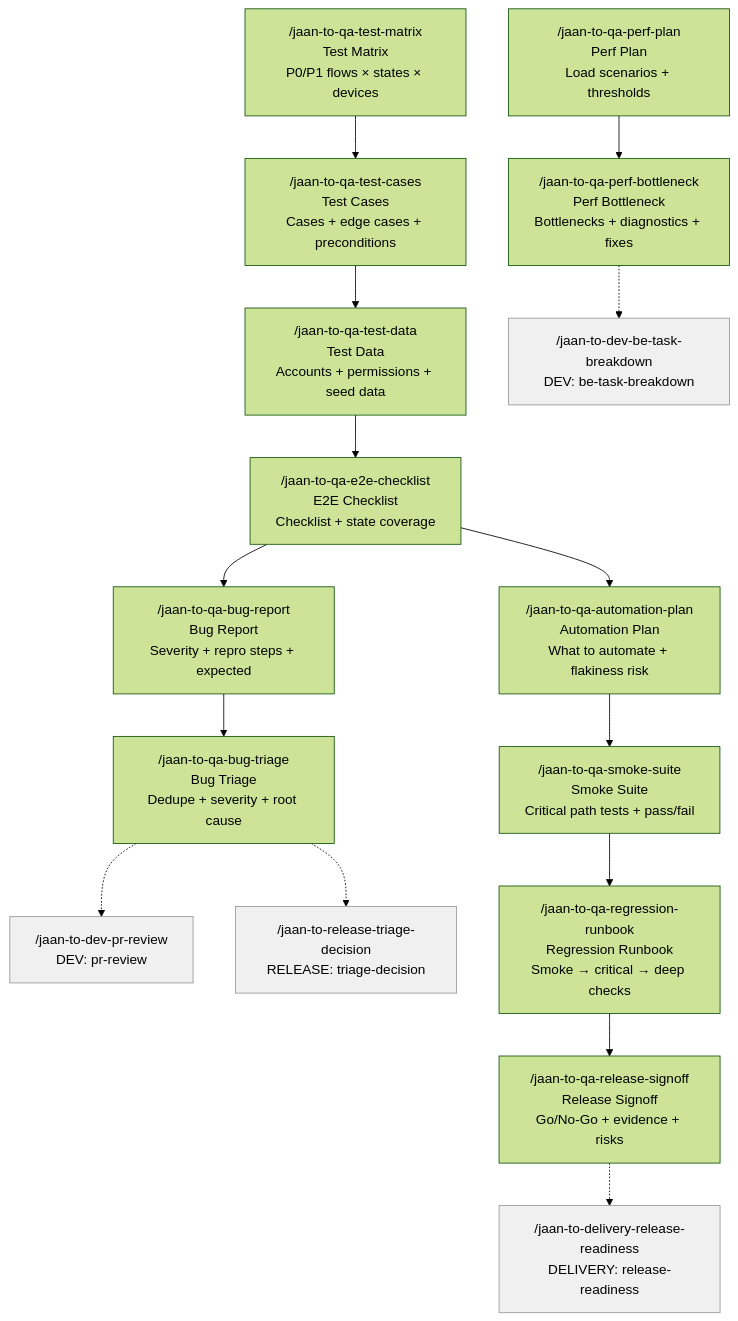
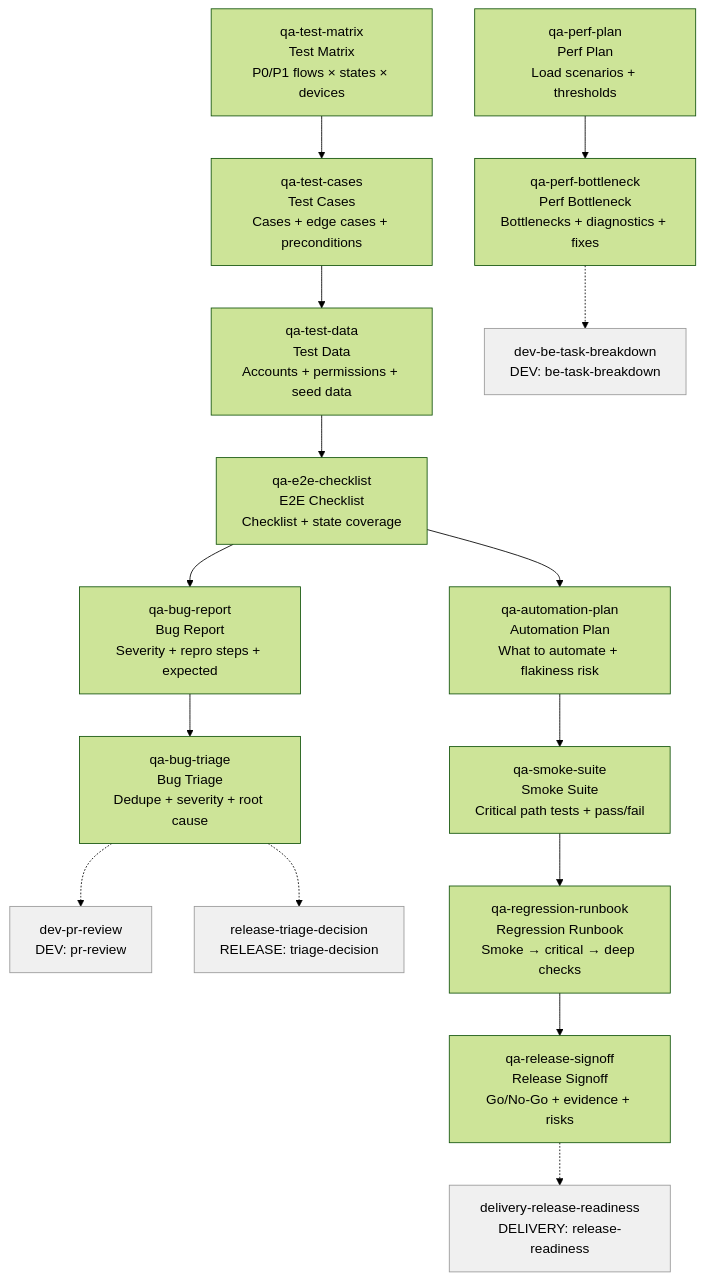
Before and after one commit to parhumm/jaan-to: the diagram in roadmaps/jaan-to/tasks/role-skills/qa.md, drawn with Mermaid (forest theme). The commit also changed 10 other files, not shown here.

First line of the commit message:
fix(roadmap): Fix Mermaid userflow schemas across all 11 role-skills files

````diff
--- a/roadmaps/jaan-to/tasks/role-skills/qa.md
+++ b/roadmaps/jaan-to/tasks/role-skills/qa.md
@@ -9,22 +9,22 @@
 ```mermaid
 flowchart TD
-    jaan-to-qa-test-matrix["/jaan-to-qa-test-matrix\nTest Matrix\nP0/P1 flows × states × devices"] --> jaan-to-qa-test-cases["/jaan-to-qa-test-cases\nTest Cases\nCases + edge cases + preconditions"]
-    jaan-to-qa-test-cases["/jaan-to-qa-test-cases\nTest Cases\nCases + edge cases + preconditions"] --> jaan-to-qa-test-data["/jaan-to-qa-test-data\nTest Data\nAccounts + permissions + seed data"]
-    jaan-to-qa-test-data["/jaan-to-qa-test-data\nTest Data\nAccounts + permissions + seed data"] --> jaan-to-qa-e2e-checklist["/jaan-to-qa-e2e-checklist\nE2E Checklist\nChecklist + state coverage"]
-    jaan-to-qa-e2e-checklist["/jaan-to-qa-e2e-checklist\nE2E Checklist\nChecklist + state coverage"] --> jaan-to-qa-bug-report["/jaan-to-qa-bug-report\nBug Report\nSeverity + repro steps + expected"]
-    jaan-to-qa-e2e-checklist["/jaan-to-qa-e2e-checklist\nE2E Checklist\nChecklist + state coverage"] --> jaan-to-qa-automation-plan["/jaan-to-qa-automation-plan\nAutomation Plan\nWhat to automate + flakiness risk"]
-    jaan-to-qa-bug-report["/jaan-to-qa-bug-report\nBug Report\nSeverity + repro steps + expected"] --> jaan-to-qa-bug-triage["/jaan-to-qa-bug-triage\nBug Triage\nDedupe + severity + root cause"]
-    jaan-to-qa-bug-triage["/jaan-to-qa-bug-triage\nBug Triage\nDedupe + severity + root cause"] -.-> jaan-to-dev-pr-review["/jaan-to-dev-pr-review\nDEV: pr-review"]
-    jaan-to-qa-bug-triage["/jaan-to-qa-bug-triage\nBug Triage\nDedupe + severity + root cause"] -.-> jaan-to-release-triage-decision["/jaan-to-release-triage-decision\nRELEASE: triage-decision"]
-    jaan-to-qa-perf-plan["/jaan-to-qa-perf-plan\nPerf Plan\nLoad scenarios + thresholds"] --> jaan-to-qa-perf-bottleneck["/jaan-to-qa-perf-bottleneck\nPerf Bottleneck\nBottlenecks + diagnostics + fixes"]
-    jaan-to-qa-perf-bottleneck["/jaan-to-qa-perf-bottleneck\nPerf Bottleneck\nBottlenecks + diagnostics + fixes"] -.-> jaan-to-dev-be-task-breakdown["/jaan-to-dev-be-task-breakdown\nDEV: be-task-breakdown"]
-    jaan-to-qa-automation-plan["/jaan-to-qa-automation-plan\nAutomation Plan\nWhat to automate + flakiness risk"] --> jaan-to-qa-smoke-suite["/jaan-to-qa-smoke-suite\nSmoke Suite\nCritical path tests + pass/fail"]
-    jaan-to-qa-smoke-suite["/jaan-to-qa-smoke-suite\nSmoke Suite\nCritical path tests + pass/fail"] --> jaan-to-qa-regression-runbook["/jaan-to-qa-regression-runbook\nRegression Runbook\nSmoke → critical → deep checks"]
-    jaan-to-qa-regression-runbook["/jaan-to-qa-regression-runbook\nRegression Runbook\nSmoke → critical → deep checks"] --> jaan-to-qa-release-signoff["/jaan-to-qa-release-signoff\nRelease Signoff\nGo/No-Go + evidence + risks"]
-    jaan-to-qa-release-signoff["/jaan-to-qa-release-signoff\nRelease Signoff\nGo/No-Go + evidence + risks"] -.-> jaan-to-delivery-release-readiness["/jaan-to-delivery-release-readiness\nDELIVERY: release-readiness"]
+    jaan-to-qa-test-matrix["qa-test-matrix<br>Test Matrix<br>P0/P1 flows × states × devices"] --> jaan-to-qa-test-cases["qa-test-cases<br>Test Cases<br>Cases + edge cases + preconditions"]
+    jaan-to-qa-test-cases["qa-test-cases<br>Test Cases<br>Cases + edge cases + preconditions"] --> jaan-to-qa-test-data["qa-test-data<br>Test Data<br>Accounts + permissions + seed data"]
+    jaan-to-qa-test-data["qa-test-data<br>Test Data<br>Accounts + permissions + seed data"] --> jaan-to-qa-e2e-checklist["qa-e2e-checklist<br>E2E Checklist<br>Checklist + state coverage"]
+    jaan-to-qa-e2e-checklist["qa-e2e-checklist<br>E2E Checklist<br>Checklist + state coverage"] --> jaan-to-qa-bug-report["qa-bug-report<br>Bug Report<br>Severity + repro steps + expected"]
+    jaan-to-qa-e2e-checklist["qa-e2e-checklist<br>E2E Checklist<br>Checklist + state coverage"] --> jaan-to-qa-automation-plan["qa-automation-plan<br>Automation Plan<br>What to automate + flakiness risk"]
+    jaan-to-qa-bug-report["qa-bug-report<br>Bug Report<br>Severity + repro steps + expected"] --> jaan-to-qa-bug-triage["qa-bug-triage<br>Bug Triage<br>Dedupe + severity + root cause"]
+    jaan-to-qa-bug-triage["qa-bug-triage<br>Bug Triage<br>Dedupe + severity + root cause"] -.-> jaan-to-dev-pr-review["dev-pr-review<br>DEV: pr-review"]
+    jaan-to-qa-bug-triage["qa-bug-triage<br>Bug Triage<br>Dedupe + severity + root cause"] -.-> jaan-to-release-triage-decision["release-triage-decision<br>RELEASE: triage-decision"]
+    jaan-to-qa-perf-plan["qa-perf-plan<br>Perf Plan<br>Load scenarios + thresholds"] --> jaan-to-qa-perf-bottleneck["qa-perf-bottleneck<br>Perf Bottleneck<br>Bottlenecks + diagnostics + fixes"]
+    jaan-to-qa-perf-bottleneck["qa-perf-bottleneck<br>Perf Bottleneck<br>Bottlenecks + diagnostics + fixes"] -.-> jaan-to-dev-be-task-breakdown["dev-be-task-breakdown<br>DEV: be-task-breakdown"]
+    jaan-to-qa-automation-plan["qa-automation-plan<br>Automation Plan<br>What to automate + flakiness risk"] --> jaan-to-qa-smoke-suite["qa-smoke-suite<br>Smoke Suite<br>Critical path tests + pass/fail"]
+    jaan-to-qa-smoke-suite["qa-smoke-suite<br>Smoke Suite<br>Critical path tests + pass/fail"] --> jaan-to-qa-regression-runbook["qa-regression-runbook<br>Regression Runbook<br>Smoke → critical → deep checks"]
+    jaan-to-qa-regression-runbook["qa-regression-runbook<br>Regression Runbook<br>Smoke → critical → deep checks"] --> jaan-to-qa-release-signoff["qa-release-signoff<br>Release Signoff<br>Go/No-Go + evidence + risks"]
+    jaan-to-qa-release-signoff["qa-release-signoff<br>Release Signoff<br>Go/No-Go + evidence + risks"] -.-> jaan-to-delivery-release-readiness["delivery-release-readiness<br>DELIVERY: release-readiness"]
 
     style jaan-to-dev-pr-review fill:#f0f0f0,stroke:#999
     style jaan-to-release-triage-decision fill:#f0f0f0,stroke:#999
     style jaan-to-dev-be-task-breakdown fill:#f0f0f0,stroke:#999
     style jaan-to-delivery-release-readiness fill:#f0f0f0,stroke:#999
 ```
````
